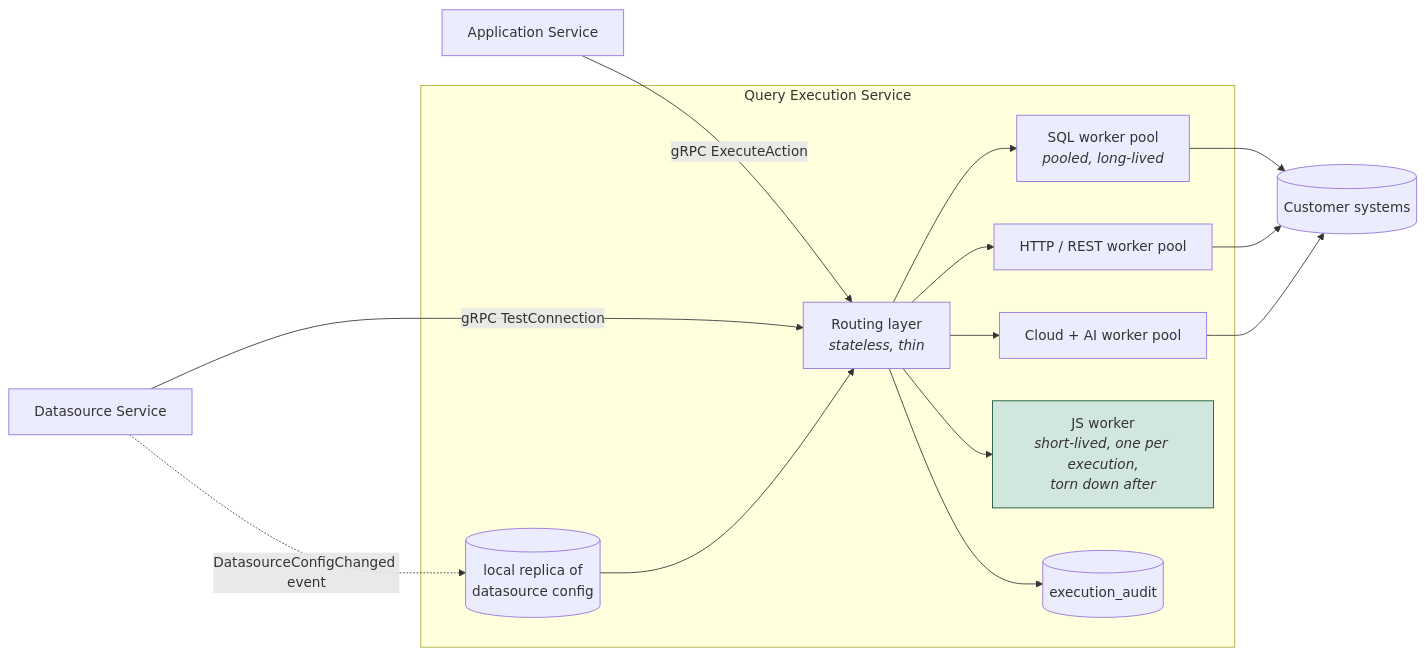
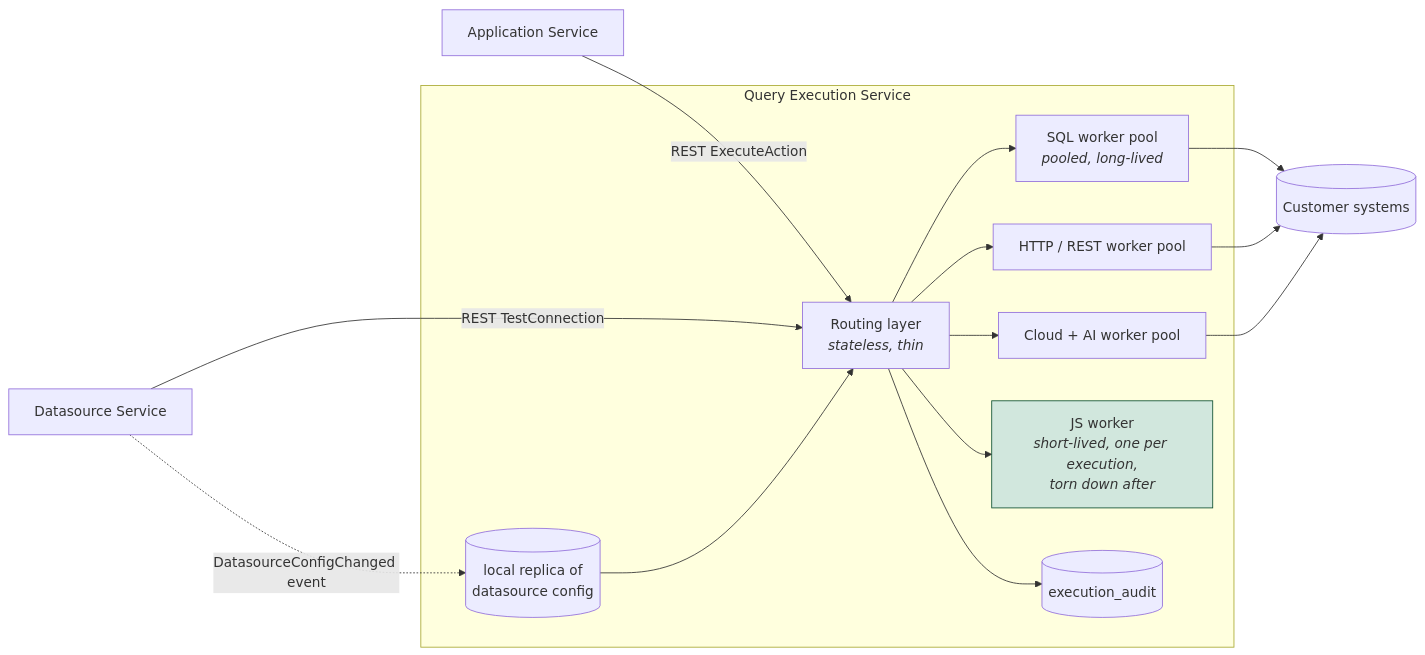
The fourth of 4 diagrams in microservices/01-current-system/06-plugin-execution-engine.md (hudaSharings/appsmith-docs), drawn with Mermaid before and after one commit. The commit also changed other lines of this file and 24 other files, not shown here.

````diff
--- a/microservices/01-current-system/06-plugin-execution-engine.md
+++ b/microservices/01-current-system/06-plugin-execution-engine.md
@@ -173,21 +175,21 @@
 ```mermaid
 flowchart LR
-    APP[Application Service] -->|gRPC ExecuteAction| ROUTER
-    DSS[Datasource Service] -->|gRPC TestConnection| ROUTER
+    APP[Application Service] -->|REST ExecuteAction| ROUTER
+    DSS[Datasource Service] -->|REST TestConnection| ROUTER
     DSS -.->|DatasourceConfigChanged event| CACHE
 
     subgraph EXEC["Query Execution Service"]
         ROUTER["Routing layer<br/><i>stateless, thin</i>"]
         CACHE[(local replica of<br/>datasource config)]
         W1["SQL worker pool<br/><i>pooled, long-lived</i>"]
         W2["HTTP / REST worker pool"]
         W3["Cloud + AI worker pool"]
         W4["JS worker<br/><i>short-lived, one per execution,<br/>torn down after</i>"]
         AUD[(execution_audit)]
         ROUTER --> W1 & W2 & W3 & W4
         ROUTER --> AUD
         CACHE --> ROUTER
     end
     W1 & W2 & W3 --> EXT[(Customer systems)]
     style W4 fill:#d1e7dd,stroke:#0f5132
 ```
````
